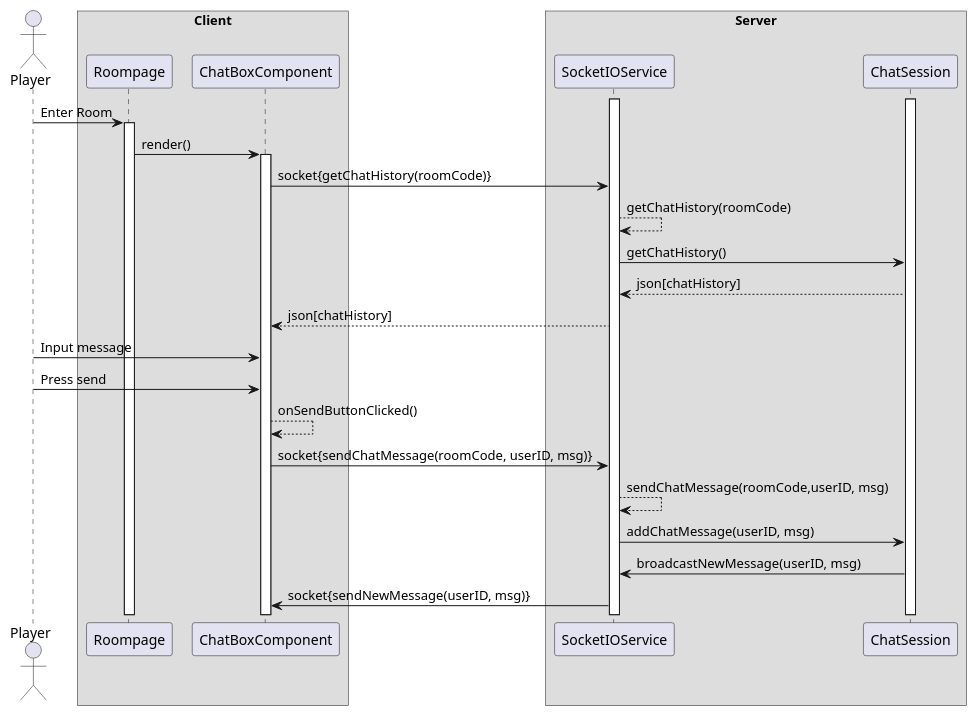
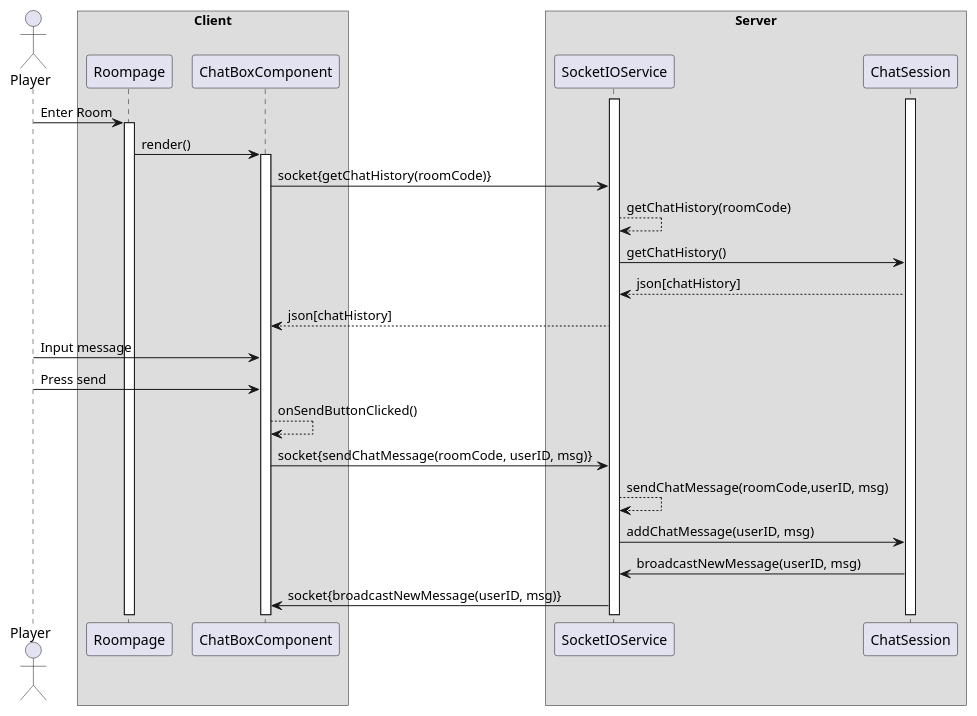
The diagram in docs/DisplayChatboxSequence.puml (ducklin5/TTetris), drawn with PlantUML before and after one commit. The commit also changed 38 other files, not shown here.

Commit message:
feat: compile preliminary design diagrams to pdf

```diff
--- a/docs/DisplayChatboxSequence.puml
+++ b/docs/DisplayChatboxSequence.puml
@@ -1,42 +1,42 @@
-@startuml GenerateRoom
+@startuml DisplayChatboxSequence
 skinparam ParticipantPadding 5
 skinparam BoxPadding 5
 
 
 actor Player
 participant SocketIOService as SS
 
 box Client
     participant Roompage as RP
     participant ChatBoxComponent as CBC
 end box
 
 box Server
     participant SocketService as SS
     participant ChatSession as CS
 end Box
 
 activate SS
 activate CS
 
 Player -> RP: Enter Room
 activate RP
 
 RP -> CBC: render()
 activate CBC
 CBC -> SS: socket{getChatHistory(roomCode)}
 SS --> SS: getChatHistory(roomCode)
 SS -> CS: getChatHistory()
 CS --> SS: json[chatHistory]
 SS --> CBC: json[chatHistory]
 
 Player -> CBC: Input message
 Player -> CBC: Press send
 CBC --> CBC: onSendButtonClicked()
 CBC -> SS: socket{sendChatMessage(roomCode, userID, msg)}
 SS --> SS: sendChatMessage(roomCode,userID, msg)
 SS -> CS: addChatMessage(userID, msg)
 CS -> SS: broadcastNewMessage(userID, msg)
-SS -> CBC: socket{sendNewMessage(userID, msg)}
+SS -> CBC: socket{broadcastNewMessage(userID, msg)}
 
 @enduml
```
